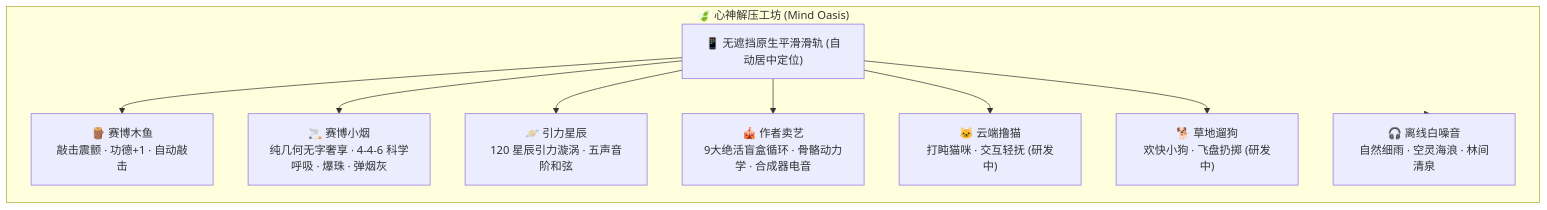
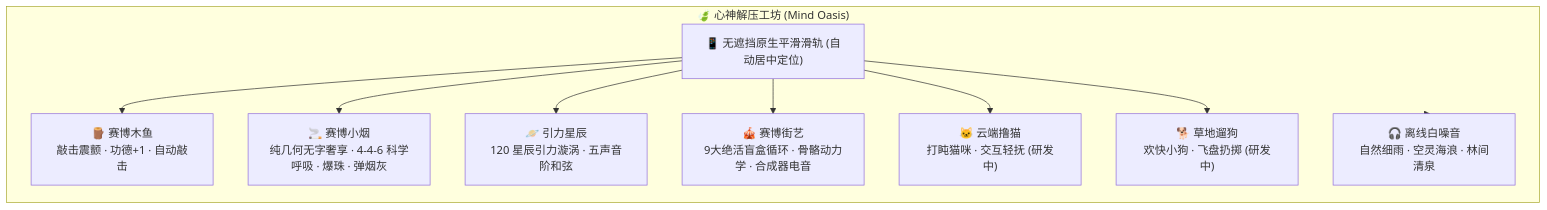
One commit to Totorohaha/chrono_routine changed the diagram in README.md. Above: the diagram before and after it, drawn with Mermaid. The commit also changed other lines of this file and 5 other files, not shown here.

````diff
--- a/README.md
+++ b/README.md
@@ -89,15 +89,15 @@
 ```mermaid
 flowchart TD
     subgraph Oasis["🍃 心神解压工坊 (Mind Oasis)"]
         Nav["📱 无遮挡原生平滑滑轨 (自动居中定位)"]
         G1["🪵 赛博木鱼<br/>敲击震颤 · 功德+1 · 自动敲击"]
         G2["🚬 赛博小烟<br/>纯几何无字奢享 · 4-4-6 科学呼吸 · 爆珠 · 弹烟灰"]
         G3["🪐 引力星辰<br/>120 星辰引力漩涡 · 五声音阶和弦"]
-        G4["🎪 作者卖艺<br/>9大绝活盲盒循环 · 骨骼动力学 · 合成器电音"]
+        G4["🎪 赛博街艺<br/>9大绝活盲盒循环 · 骨骼动力学 · 合成器电音"]
         G5["🐱 云端撸猫<br/>打盹猫咪 · 交互轻抚 (研发中)"]
         G6["🐕 草地遛狗<br/>欢快小狗 · 飞盘扔掷 (研发中)"]
         Sound["🎧 离线白噪音<br/>自然细雨 · 空灵海浪 · 林间清泉"]
     end
     Nav --> G1 & G2 & G3 & G4 & G5 & G6
     Oasis --> Sound
 ```
````
